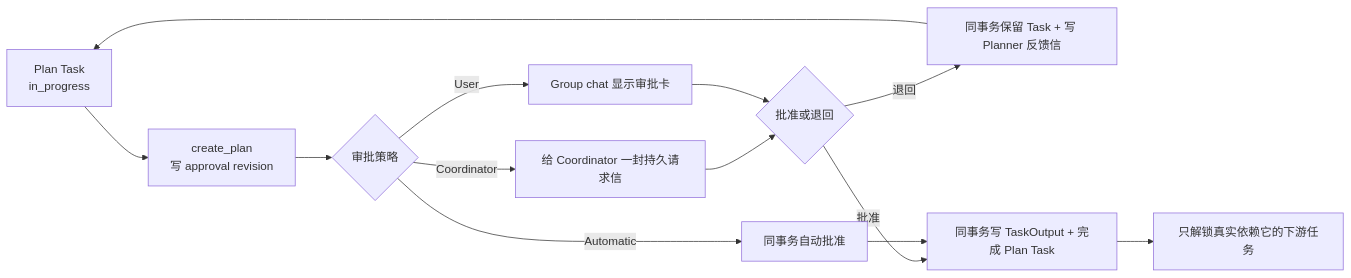
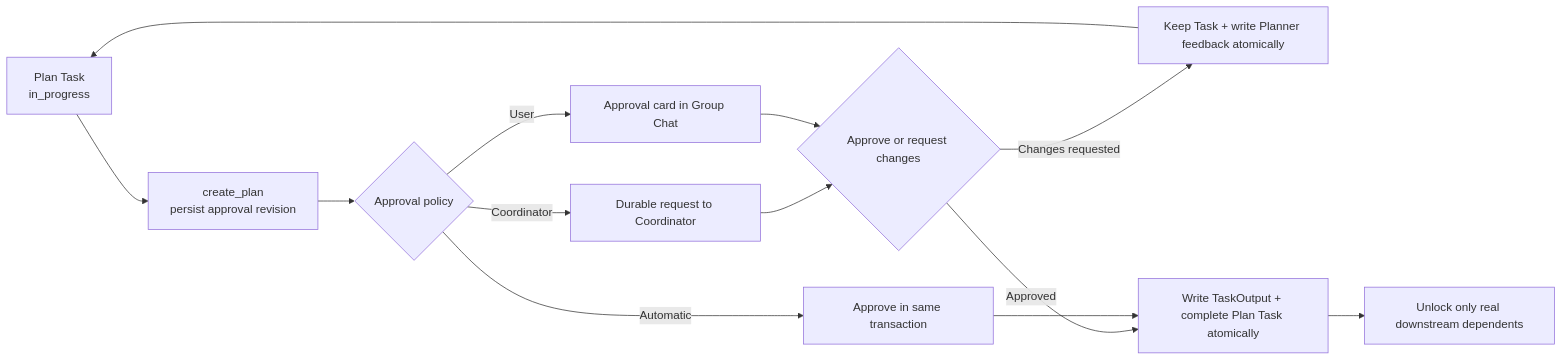
Before and after one commit to YORG-AI/ORGII: the diagram in docs/architecture-audit-2026-07-13/AgentOrgPlannerApproval.md, drawn with Mermaid. The commit also changed other lines of this file and 94 other files, not shown here.

````diff
--- a/docs/architecture-audit-2026-07-13/AgentOrgPlannerApproval.md
+++ b/docs/architecture-audit-2026-07-13/AgentOrgPlannerApproval.md
@@ -57,15 +57,15 @@
 ```mermaid
 flowchart LR
-    T["Plan Task\nin_progress"] --> P["create_plan\n写 approval revision"]
-    P --> C{"审批策略"}
-    C -->|Coordinator| I["给 Coordinator 一封持久请求信"]
-    C -->|User| U["Group chat 显示审批卡"]
-    C -->|Automatic| A["同事务自动批准"]
-    I --> D{"批准或退回"}
+    T["Plan Task\nin_progress"] --> P["create_plan\npersist approval revision"]
+    P --> C{"Approval policy"}
+    C -->|"Coordinator"| I["Durable request to Coordinator"]
+    C -->|"User"| U["Approval card in Group Chat"]
+    C -->|"Automatic"| A["Approve in same transaction"]
+    I --> D{"Approve or request changes"}
     U --> D
-    D -->|退回| F["同事务保留 Task + 写 Planner 反馈信"]
+    D -->|"Changes requested"| F["Keep Task + write Planner feedback atomically"]
     F --> T
-    D -->|批准| O["同事务写 TaskOutput + 完成 Plan Task"]
+    D -->|"Approved"| O["Write TaskOutput + complete Plan Task atomically"]
     A --> O
-    O --> N["只解锁真实依赖它的下游任务"]
+    O --> N["Unlock only real downstream dependents"]
 ```
````
